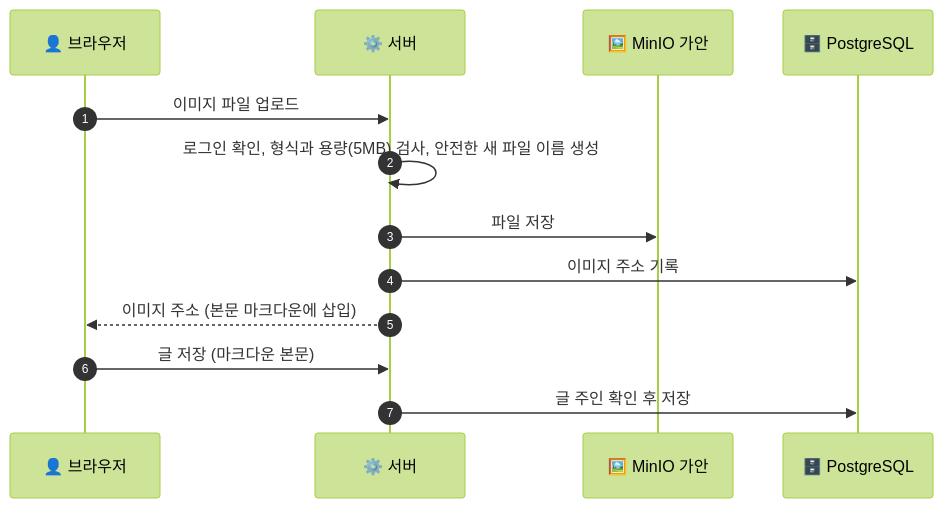
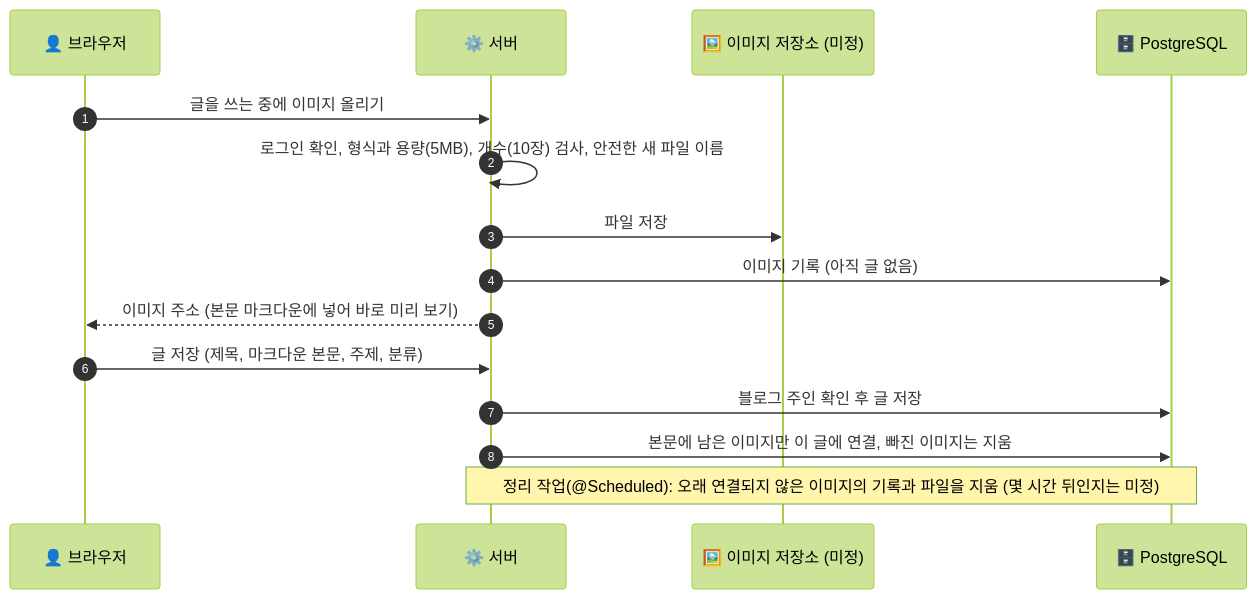
One commit to home-blog/docs changed the sixth of 6 diagrams in docs/3-설계/아키텍처-그림.md. Above: the diagram before and after it, drawn with Mermaid (forest theme). The commit also changed other lines of this file and 17 other files, not shown here.

````diff
--- a/docs/3-설계/아키텍처-그림.md
+++ b/docs/3-설계/아키텍처-그림.md
@@ -156,16 +216,18 @@
 ```mermaid
 sequenceDiagram
   autonumber
   participant B as 👤 브라우저
   participant S as ⚙️ 서버
-  participant I as 🖼️ MinIO 가안
+  participant I as 🖼️ 이미지 저장소 (미정)
   participant D as 🗄️ PostgreSQL
 
-  B->>S: 이미지 파일 업로드
-  S->>S: 로그인 확인, 형식과 용량(5MB) 검사, 안전한 새 파일 이름 생성
+  B->>S: 글을 쓰는 중에 이미지 올리기
+  S->>S: 로그인 확인, 형식과 용량(5MB), 개수(10장) 검사, 안전한 새 파일 이름
   S->>I: 파일 저장
-  S->>D: 이미지 주소 기록
-  S-->>B: 이미지 주소 (본문 마크다운에 삽입)
-  B->>S: 글 저장 (마크다운 본문)
-  S->>D: 글 주인 확인 후 저장
+  S->>D: 이미지 기록 (아직 글 없음)
+  S-->>B: 이미지 주소 (본문 마크다운에 넣어 바로 미리 보기)
+  B->>S: 글 저장 (제목, 마크다운 본문, 주제, 분류)
+  S->>D: 블로그 주인 확인 후 글 저장
+  S->>D: 본문에 남은 이미지만 이 글에 연결, 빠진 이미지는 지움
+  Note over S,D: 정리 작업(@Scheduled): 오래 연결되지 않은 이미지의 기록과 파일을 지움 (몇 시간 뒤인지는 미정)
 ```
````
